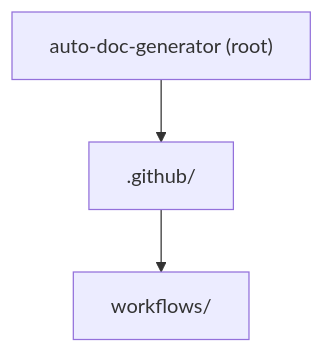
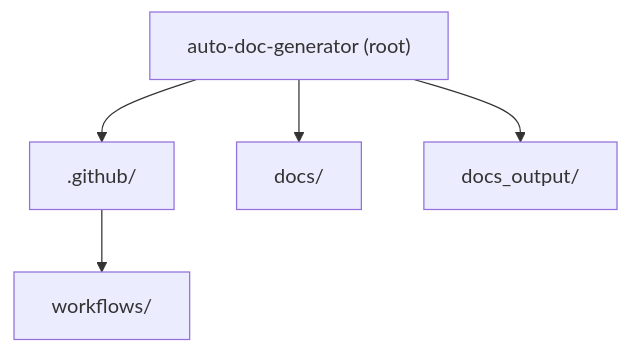
The diagram in docs_output/ARCHITECTURE.md (PranayMahendrakar/auto-doc-generator), drawn with Mermaid before and after one commit. The commit also changed other lines of this file, not shown here.

Commit message:
docs: auto-generated documentation for $TARGET_REPO [skip ci]

````diff
--- a/docs_output/ARCHITECTURE.md
+++ b/docs_output/ARCHITECTURE.md
@@ -5,8 +5,12 @@
 ```mermaid
 graph TD
     ROOT["auto-doc-generator (root)"]
     _github[".github/"]
     ROOT --> _github
     _github_workflows["workflows/"]
     _github --> _github_workflows
+    docs["docs/"]
+    ROOT --> docs
+    docs_output["docs_output/"]
+    ROOT --> docs_output
 ```
````
